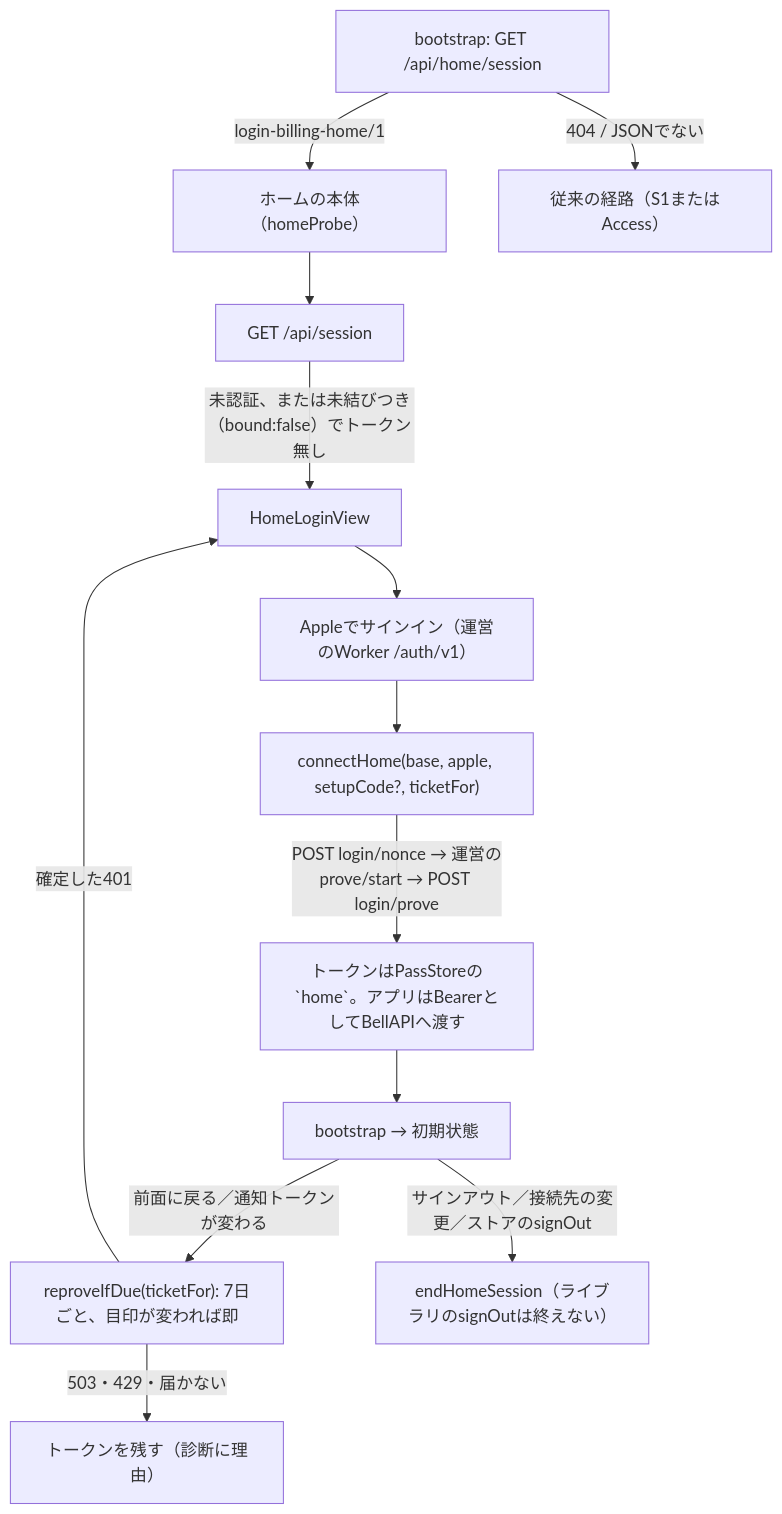
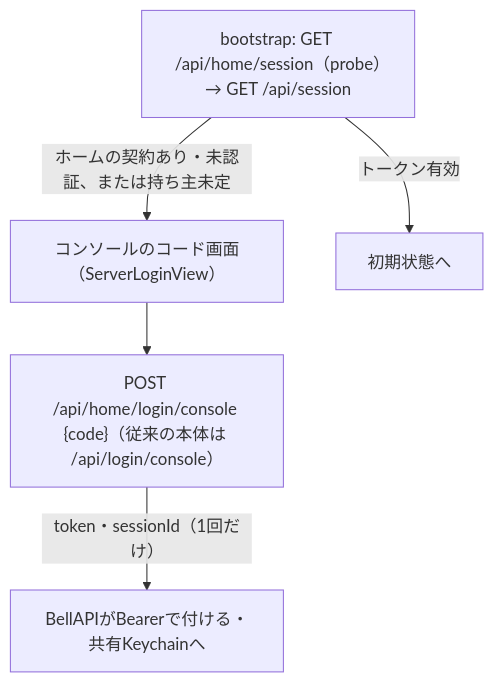
One commit to kitepon/BellTeam changed the second of 2 diagrams in docs/architecture/modules/apple/login-billing.md. Above: the diagram before and after it, drawn with Mermaid. The commit also changed other lines of this file and 47 other files, not shown here.

First line of the commit message:
a540 Apple: the local form (login-billing 0.20.0, contract 1.36): purchase checked on the device, QR approval over the same Wi-Fi, no operator

````diff
--- a/docs/architecture/modules/apple/login-billing.md
+++ b/docs/architecture/modules/apple/login-billing.md
@@ -83,14 +37,7 @@
 ```mermaid
 flowchart TD
-  Boot["bootstrap: GET /api/home/session"] --> |"login-billing-home/1"| Home["ホームの本体（homeProbe）"]
-  Boot --> |"404 / JSONでない"| Old["従来の経路（S1またはAccess）"]
-  Home --> Sess["GET /api/session"]
-  Sess --> |"未認証、または未結びつき（bound:false）でトークン無し"| Screen["HomeLoginView"]
-  Screen --> SI["Appleでサインイン（運営のWorker /auth/v1）"] --> Conn["connectHome(base, apple, setupCode?, ticketFor)"]
-  Conn --> |"POST login/nonce → 運営のprove/start → POST login/prove"| Tok["トークンはPassStoreの`home`。アプリはBearerとしてBellAPIへ渡す"]
-  Tok --> Ready["bootstrap → 初期状態"]
-  Ready --> |"前面に戻る／通知トークンが変わる"| Re["reproveIfDue(ticketFor): 7日ごと、目印が変われば即"]
-  Re --> |"確定した401"| Screen
-  Re --> |"503・429・届かない"| Keep["トークンを残す（診断に理由）"]
-  Ready --> |"サインアウト／接続先の変更／ストアのsignOut"| End["endHomeSession（ライブラリのsignOutは終えない）"]
+  Boot["bootstrap: GET /api/home/session（probe）→ GET /api/session"] -->|"ホームの契約あり・未認証、または持ち主未定"| Code["コンソールのコード画面（ServerLoginView）"]
+  Code --> Post["POST /api/home/login/console {code}（従来の本体は /api/login/console）"]
+  Post -->|"token・sessionId（1回だけ）"| Keep["BellAPIがBearerで付ける・共有Keychainへ"]
+  Boot -->|"トークン有効"| Ready["初期状態へ"]
 ```
````
